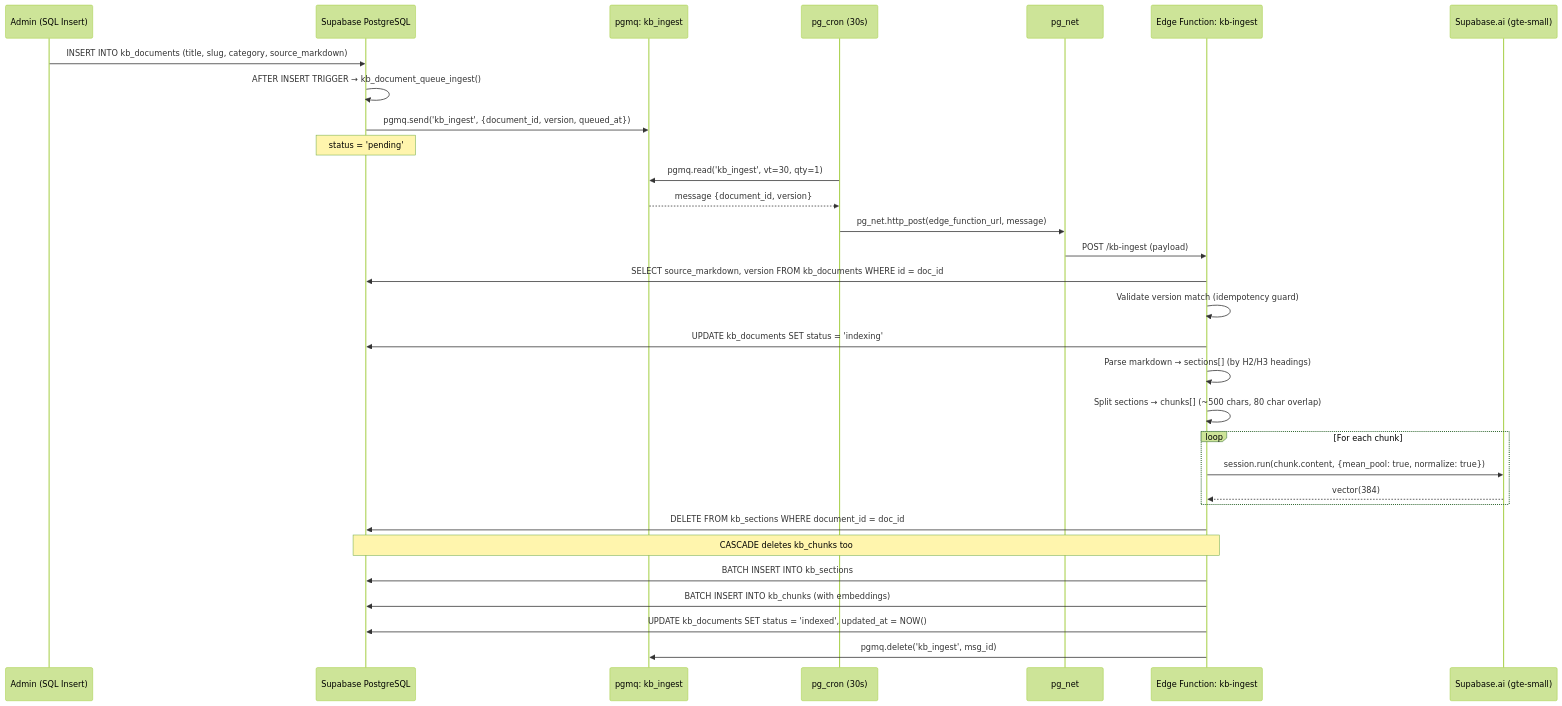
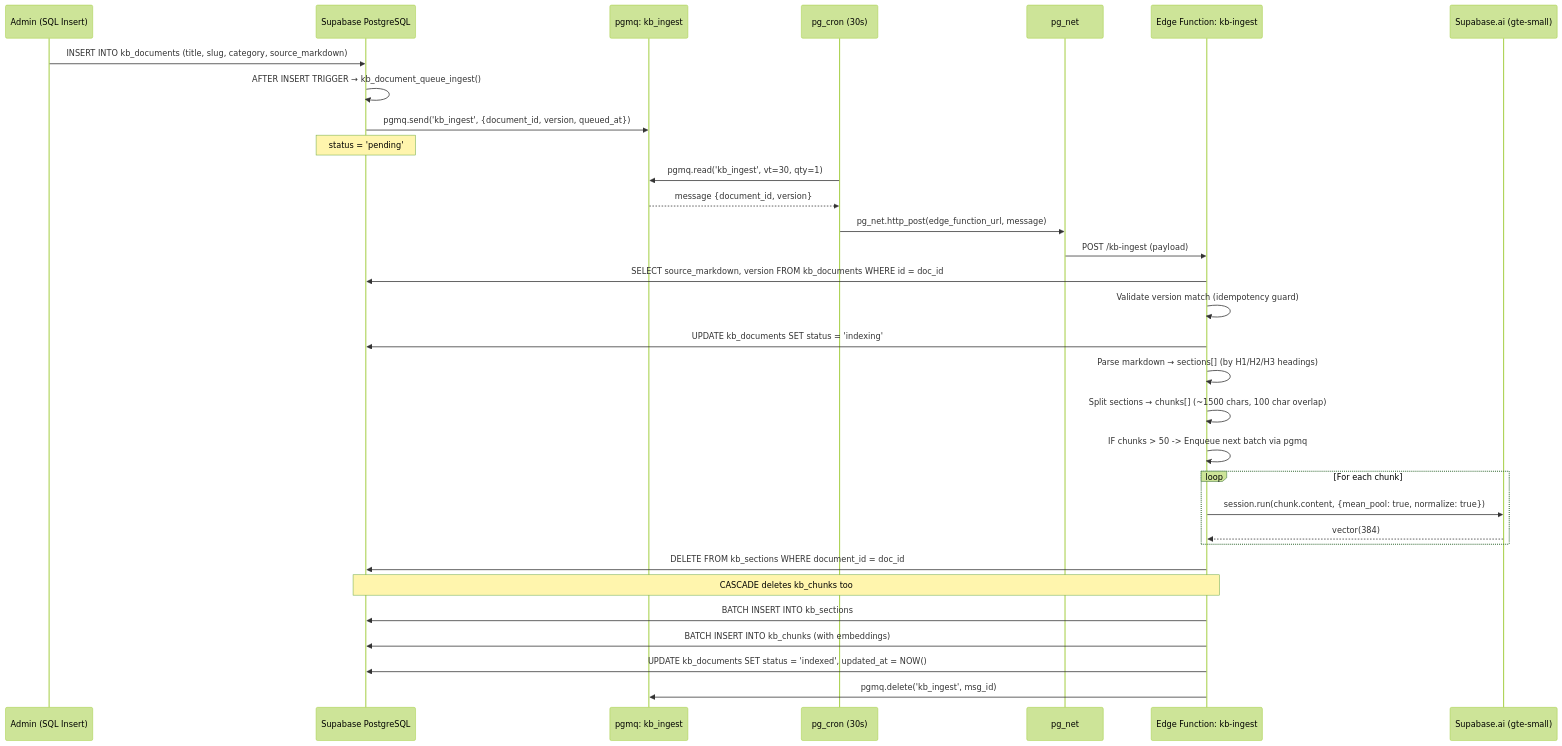
The third of 4 diagrams in docs/kb_architecture.md (S4rikk/vitograph), drawn with Mermaid (forest theme) before and after one commit. The commit also changed other lines of this file and 11 other files, not shown here.

````diff
--- a/docs/kb_architecture.md
+++ b/docs/kb_architecture.md
@@ -204,38 +204,39 @@
 ```mermaid
 sequenceDiagram
     participant ADMIN as Admin (SQL Insert)
     participant DB as Supabase PostgreSQL
     participant Q as pgmq: kb_ingest
     participant CRON as pg_cron (30s)
     participant NET as pg_net
     participant EF as Edge Function: kb-ingest
     participant AI as Supabase.ai (gte-small)
 
     ADMIN->>DB: INSERT INTO kb_documents (title, slug, category, source_markdown)
     DB->>DB: AFTER INSERT TRIGGER → kb_document_queue_ingest()
     DB->>Q: pgmq.send('kb_ingest', {document_id, version, queued_at})
     Note over DB: status = 'pending'
 
     CRON->>Q: pgmq.read('kb_ingest', vt=30, qty=1)
     Q-->>CRON: message {document_id, version}
     CRON->>NET: pg_net.http_post(edge_function_url, message)
 
     NET->>EF: POST /kb-ingest (payload)
     EF->>DB: SELECT source_markdown, version FROM kb_documents WHERE id = doc_id
     EF->>EF: Validate version match (idempotency guard)
     EF->>DB: UPDATE kb_documents SET status = 'indexing'
-    EF->>EF: Parse markdown → sections[] (by H2/H3 headings)
-    EF->>EF: Split sections → chunks[] (~500 chars, 80 char overlap)
+    EF->>EF: Parse markdown → sections[] (by H1/H2/H3 headings)
+    EF->>EF: Split sections → chunks[] (~1500 chars, 100 char overlap)
+    EF->>EF: IF chunks > 50 -> Enqueue next batch via pgmq
 
     loop For each chunk
         EF->>AI: session.run(chunk.content, {mean_pool: true, normalize: true})
         AI-->>EF: vector(384)
     end
 
     EF->>DB: DELETE FROM kb_sections WHERE document_id = doc_id
     Note over EF,DB: CASCADE deletes kb_chunks too
     EF->>DB: BATCH INSERT INTO kb_sections
     EF->>DB: BATCH INSERT INTO kb_chunks (with embeddings)
     EF->>DB: UPDATE kb_documents SET status = 'indexed', updated_at = NOW()
     EF->>Q: pgmq.delete('kb_ingest', msg_id)
 ```
````
